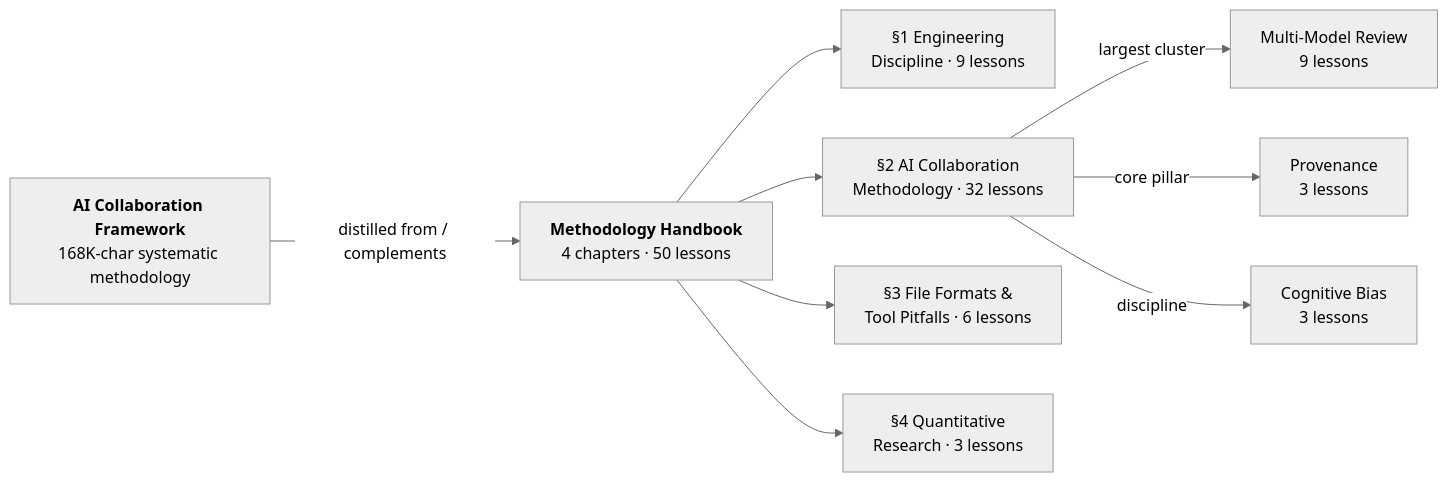
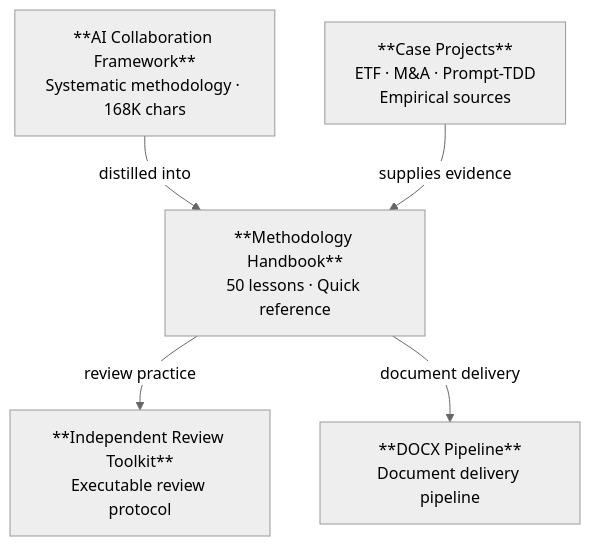
The diagram in en/README.md (redamancy231-create/methodology-handbook), drawn with Mermaid (neutral theme) before and after one commit. The commit also changed other lines of this file and 5 other files, not shown here.

````diff
--- a/en/README.md
+++ b/en/README.md
@@ -9,15 +19,13 @@
 ```mermaid
-flowchart LR
-    FW["`**AI Collaboration Framework**
-    168K-char systematic methodology`"]
-    HB["`**Methodology Handbook**
-    4 chapters · 50 lessons`"]
-    FW -->|"distilled from / complements"| HB
-    HB --> C1["§1 Engineering<br/>Discipline · 9 lessons"]
-    HB --> C2["§2 AI Collaboration<br/>Methodology · 32 lessons"]
-    HB --> C3["§3 File Formats &<br/>Tool Pitfalls · 6 lessons"]
-    HB --> C4["§4 Quantitative<br/>Research · 3 lessons"]
-    C2 -->|"largest cluster"| REVIEW["Multi-Model Review<br/>9 lessons"]
-    C2 -->|"core pillar"| PROV["Provenance<br/>3 lessons"]
-    C2 -->|"discipline"| BIAS["Cognitive Bias<br/>3 lessons"]
+flowchart TD
+    F["**AI Collaboration Framework**<br/>Systematic methodology · 168K chars"]
+    H["**Methodology Handbook**<br/>50 lessons · Quick reference"]
+    R["**Independent Review Toolkit**<br/>Executable review protocol"]
+    D["**DOCX Pipeline**<br/>Document delivery pipeline"]
+    C["**Case Projects**<br/>ETF · M&A · Prompt-TDD<br/>Empirical sources"]
+
+    F -->|"distilled into"| H
+    C -->|"supplies evidence"| H
+    H -->|"review practice"| R
+    H -->|"document delivery"| D
 ```
````
